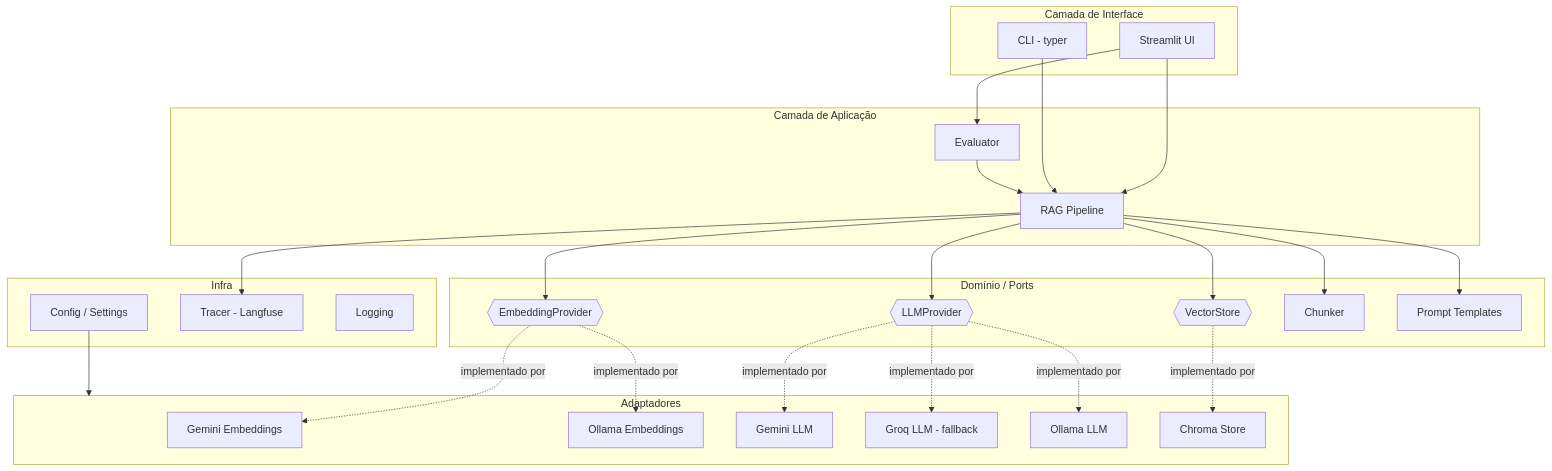
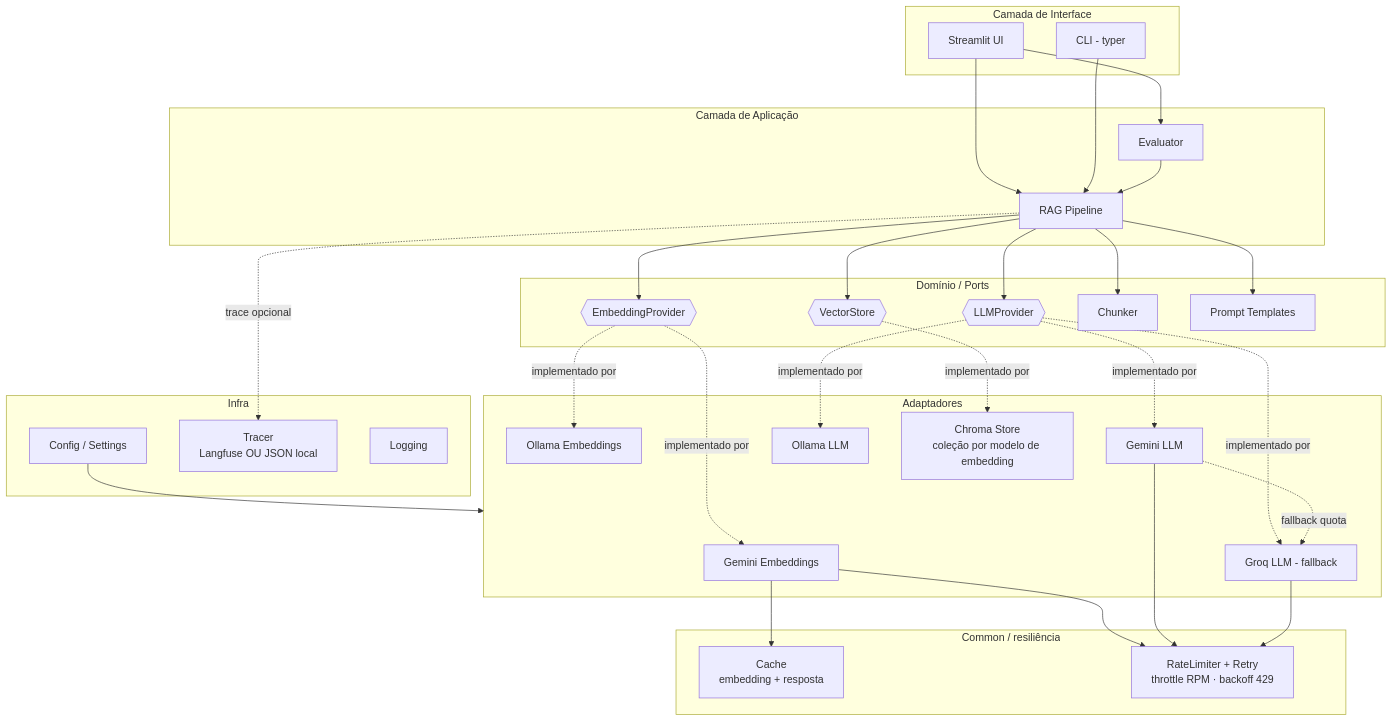
Before and after one commit to mathfrancisco/Personal-RAG-Assistant: the second of 11 diagrams in 03_DIAGRAMAS_mermaid.md, drawn with Mermaid. The commit also changed other lines of this file and 1 other file, not shown here.

First line of the commit message:
docs: enrich diagrams (cache/quota/fallback) + detailed phase plan

````diff
--- a/03_DIAGRAMAS_mermaid.md
+++ b/03_DIAGRAMAS_mermaid.md
@@ -36,55 +36,66 @@
 ```mermaid
 flowchart TB
     subgraph UI[Camada de Interface]
         streamlit[Streamlit UI]
         cli[CLI - typer]
     end
 
     subgraph APP[Camada de Aplicação]
         pipeline[RAG Pipeline]
         evaluator[Evaluator]
     end
 
     subgraph DOMAIN[Domínio / Ports]
         iemb{{EmbeddingProvider}}
         illm{{LLMProvider}}
         ivs{{VectorStore}}
         chunker[Chunker]
         prompts[Prompt Templates]
     end
 
+    subgraph COMMON[Common / resiliência]
+        cache[Cache<br/>embedding + resposta]
+        rl[RateLimiter + Retry<br/>throttle RPM · backoff 429]
+    end
+
     subgraph ADAPTERS[Adaptadores]
         gemini_emb[Gemini Embeddings]
         ollama_emb[Ollama Embeddings]
         gemini_llm[Gemini LLM]
         groq_llm[Groq LLM - fallback]
         ollama_llm[Ollama LLM]
-        chroma[Chroma Store]
+        chroma[Chroma Store<br/>coleção por modelo de embedding]
     end
 
     subgraph INFRA[Infra]
         config[Config / Settings]
-        tracer[Tracer - Langfuse]
+        tracer[Tracer<br/>Langfuse OU JSON local]
         logging[Logging]
     end
 
     streamlit --> pipeline
     cli --> pipeline
     streamlit --> evaluator
     pipeline --> chunker
     pipeline --> prompts
     pipeline --> iemb
     pipeline --> illm
     pipeline --> ivs
     evaluator --> pipeline
 
     iemb -.implementado por.-> gemini_emb
     iemb -.implementado por.-> ollama_emb
     illm -.implementado por.-> gemini_llm
     illm -.implementado por.-> groq_llm
     illm -.implementado por.-> ollama_llm
     ivs -.implementado por.-> chroma
 
-    pipeline --> tracer
+    gemini_emb --> cache
+    gemini_emb --> rl
+    gemini_llm --> rl
+    groq_llm --> rl
+    gemini_llm -. fallback quota .-> groq_llm
+
+    pipeline -.trace opcional.-> tracer
     config --> ADAPTERS
 ```
````
